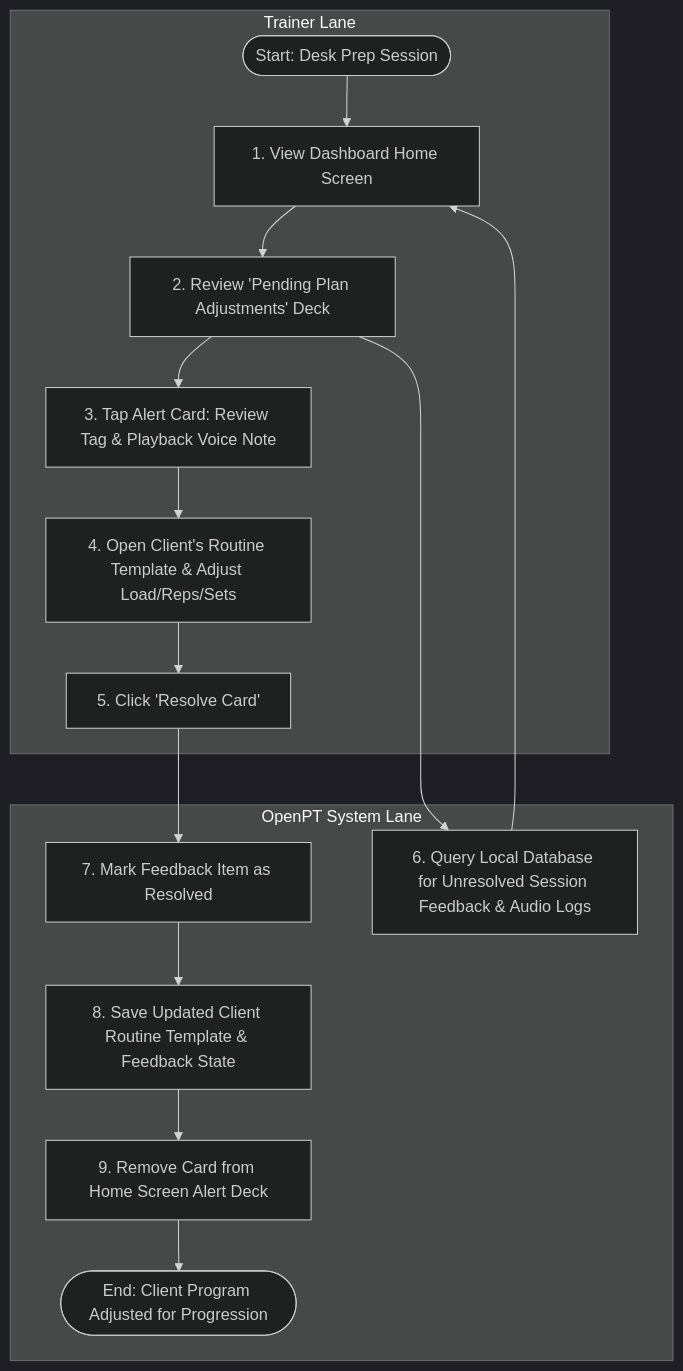
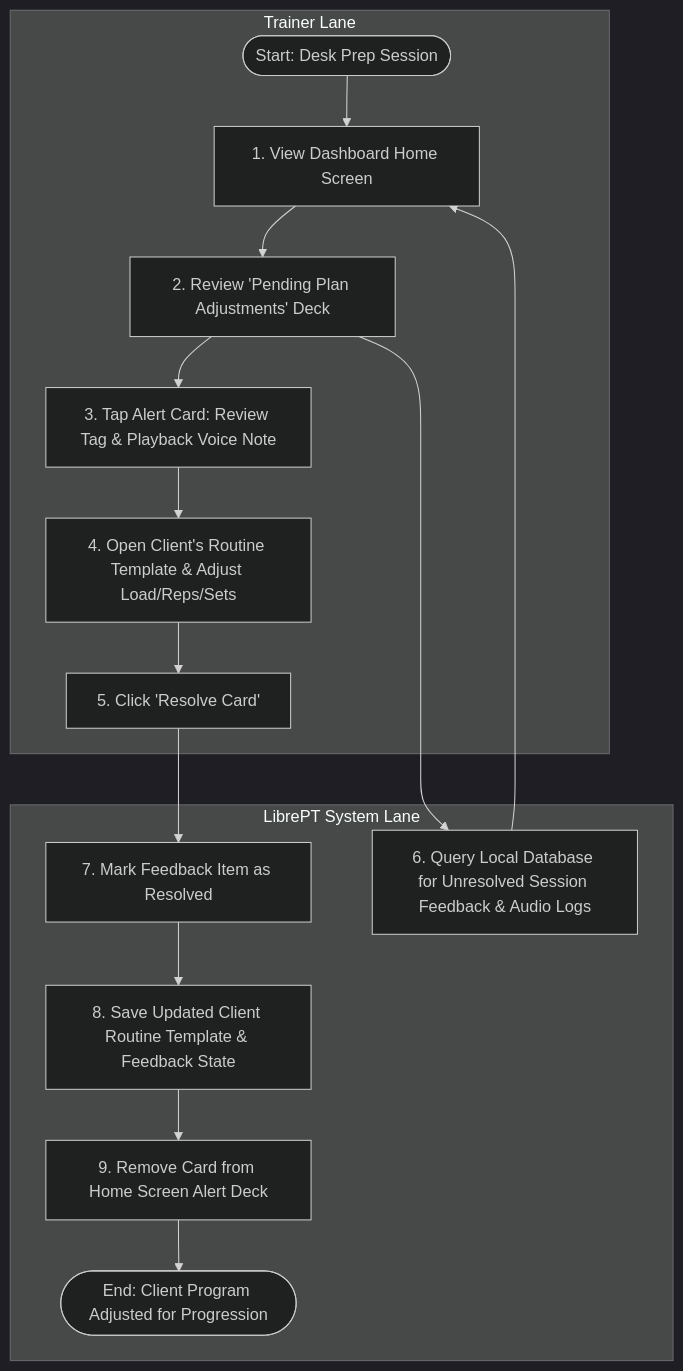
Before and after one commit to stutek/LibrePT: the diagram in use_cases/uc2_async_plan_adjustments.md, drawn with Mermaid (dark theme). The commit also changed other lines of this file and 14 other files, not shown here.

````diff
--- a/use_cases/uc2_async_plan_adjustments.md
+++ b/use_cases/uc2_async_plan_adjustments.md
@@ -20,20 +20,20 @@
 ```mermaid
 graph TD
     subgraph Trainer["Trainer Lane"]
         Start([Start: Desk Prep Session]) --> OpenDashboard[1. View Dashboard Home Screen]
         OpenDashboard --> ReviewAdjustments["2. Review 'Pending Plan Adjustments' Deck"]
         ReviewAdjustments --> ListenVoice["3. Tap Alert Card: Review Tag & Playback Voice Note"]
         ListenVoice --> EditTemplate[4. Open Client's Routine Template & Adjust Load/Reps/Sets]
         EditTemplate --> ResolveAlert[5. Click 'Resolve Card']
     end
     
-    subgraph System["OpenPT System Lane"]
+    subgraph System["LibrePT System Lane"]
         ReviewAdjustments --> QueryDB[6. Query Local Database for Unresolved Session Feedback & Audio Logs]
         QueryDB --> OpenDashboard
         
         ResolveAlert --> UpdateAlertState[7. Mark Feedback Item as Resolved]
         UpdateAlertState --> SaveDB[8. Save Updated Client Routine Template & Feedback State]
         SaveDB --> RefreshDashboard[9. Remove Card from Home Screen Alert Deck]
         RefreshDashboard --> End([End: Client Program Adjusted for Progression])
     end
 ```
````
